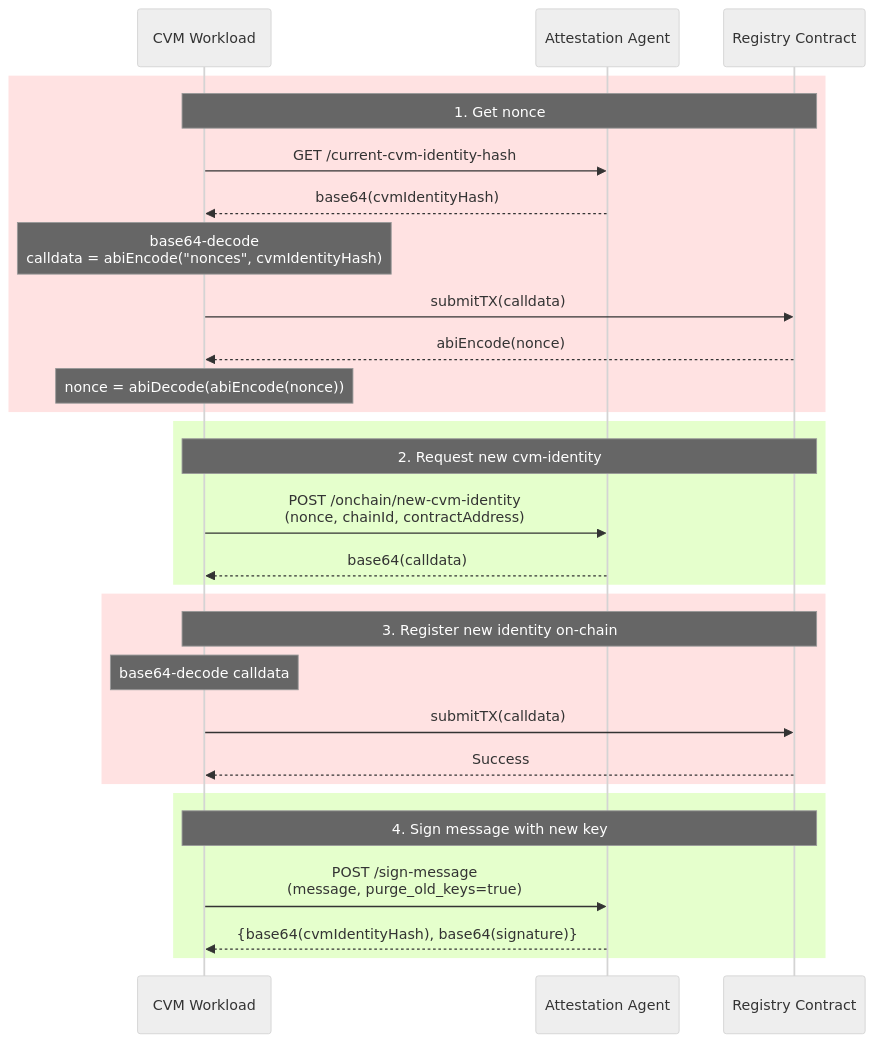
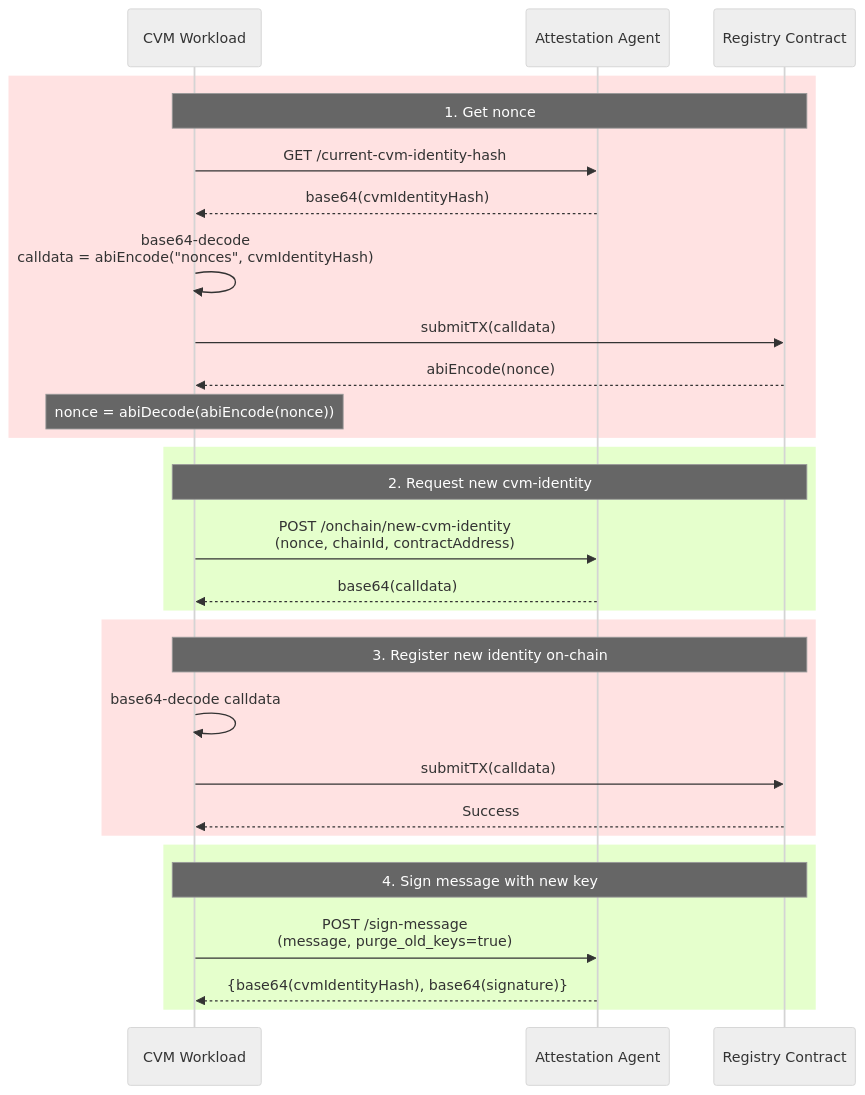
One commit to nuconstruct-ltd/automata-linux changed the fifth of 6 diagrams in docs/onchain-workflows.md. Above: the diagram before and after it, drawn with Mermaid (neutral theme). The commit also changed other lines of this file and 1 other file, not shown here.

````diff
--- a/docs/onchain-workflows.md
+++ b/docs/onchain-workflows.md
@@ -93,36 +93,36 @@
 ```mermaid
 sequenceDiagram
     participant CVM as CVM Workload
     participant AA as Attestation Agent
     participant RC as Registry Contract
 
     rect rgb(255,226,226)
         Note over CVM,RC: 1. Get nonce
         CVM->>AA: GET /current-cvm-identity-hash
         AA-->>CVM: base64(cvmIdentityHash)
-        note over CVM: base64-decode <br/> calldata = abiEncode("nonces", cvmIdentityHash)
+        CVM->>CVM: base64-decode <br/> calldata = abiEncode("nonces", cvmIdentityHash)
         CVM->>RC: submitTX(calldata)
         RC-->>CVM: abiEncode(nonce)
         note over CVM: nonce = abiDecode(abiEncode(nonce))
     end
 
     rect rgb(229,255,204)
         Note over CVM,RC: 2. Request new cvm-identity
         CVM->>AA: POST /onchain/new-cvm-identity<br/>(nonce, chainId, contractAddress)
         AA-->>CVM: base64(calldata)
     end
 
     rect rgb(255,226,226)
         Note over CVM,RC: 3. Register new identity on-chain
-        note over CVM: base64-decode calldata
+        CVM->>CVM: base64-decode calldata
         CVM->>RC: submitTX(calldata)
         RC-->>CVM: Success
     end
 
     rect rgb(229,255,204)
         Note over CVM, RC: 4. Sign message with new key
         CVM->>AA: POST /sign-message <br/>(message, purge_old_keys=true)
         AA-->>CVM: {base64(cvmIdentityHash), base64(signature)}
     end
 
 ```
````
